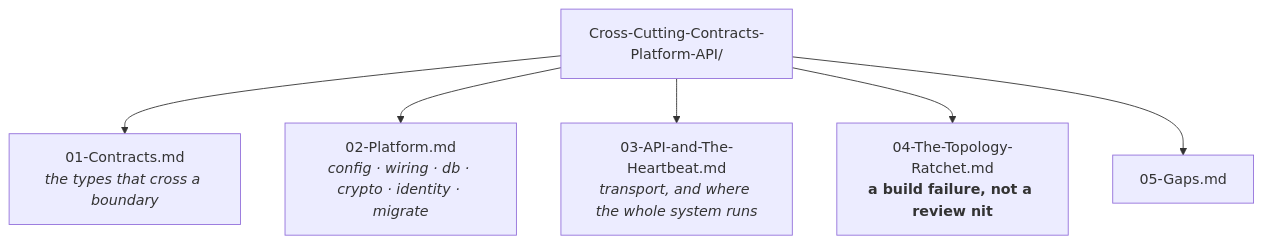
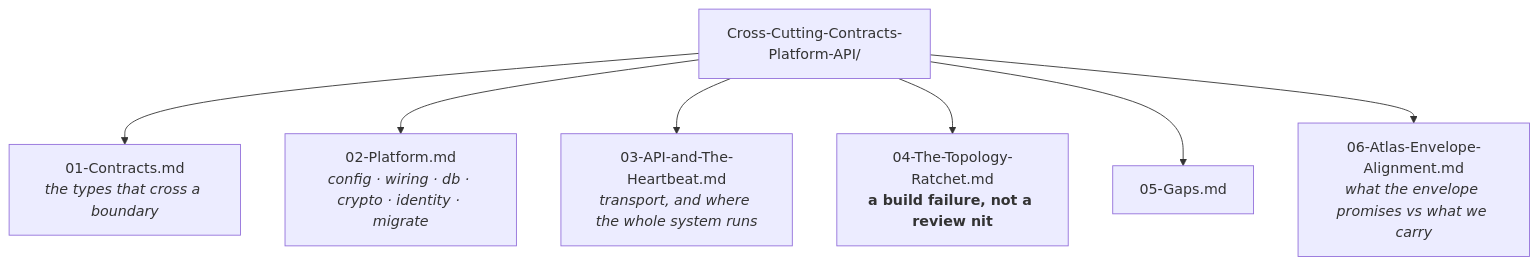
Before and after one commit to themoronss/genios-brain: the diagram in System Design/Cross-Cutting-Contracts-Platform-API/README.md, drawn with Mermaid. The commit also changed other lines of this file and 2057 other files, not shown here.

````diff
--- a/System Design/Cross-Cutting-Contracts-Platform-API/README.md
+++ b/System Design/Cross-Cutting-Contracts-Platform-API/README.md
@@ -16,8 +16,9 @@
 ```mermaid
 flowchart TD
     R["Cross-Cutting-Contracts-Platform-API/"] --> A["01-Contracts.md<br/><i>the types that cross a boundary</i>"]
     R --> B["02-Platform.md<br/><i>config · wiring · db · crypto · identity · migrate</i>"]
     R --> C["03-API-and-The-Heartbeat.md<br/><i>transport, and where the whole system runs</i>"]
     R --> D["04-The-Topology-Ratchet.md<br/><b>a build failure, not a review nit</b>"]
     R --> E["05-Gaps.md"]
+    R --> F["06-Atlas-Envelope-Alignment.md<br/><i>what the envelope promises vs what we carry</i>"]
 ```
````
